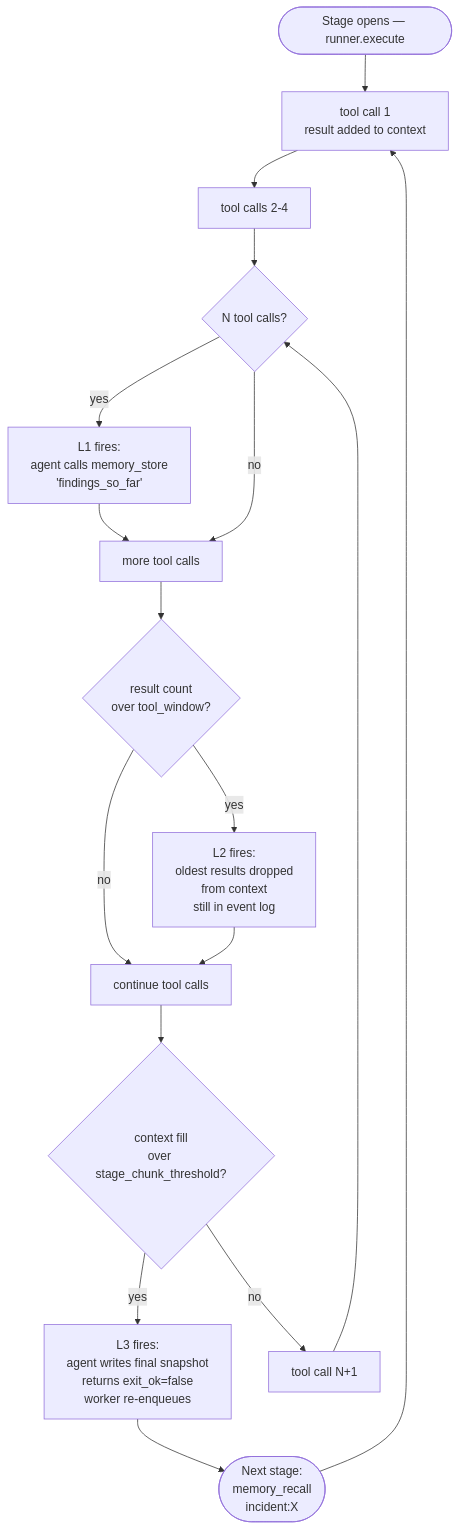
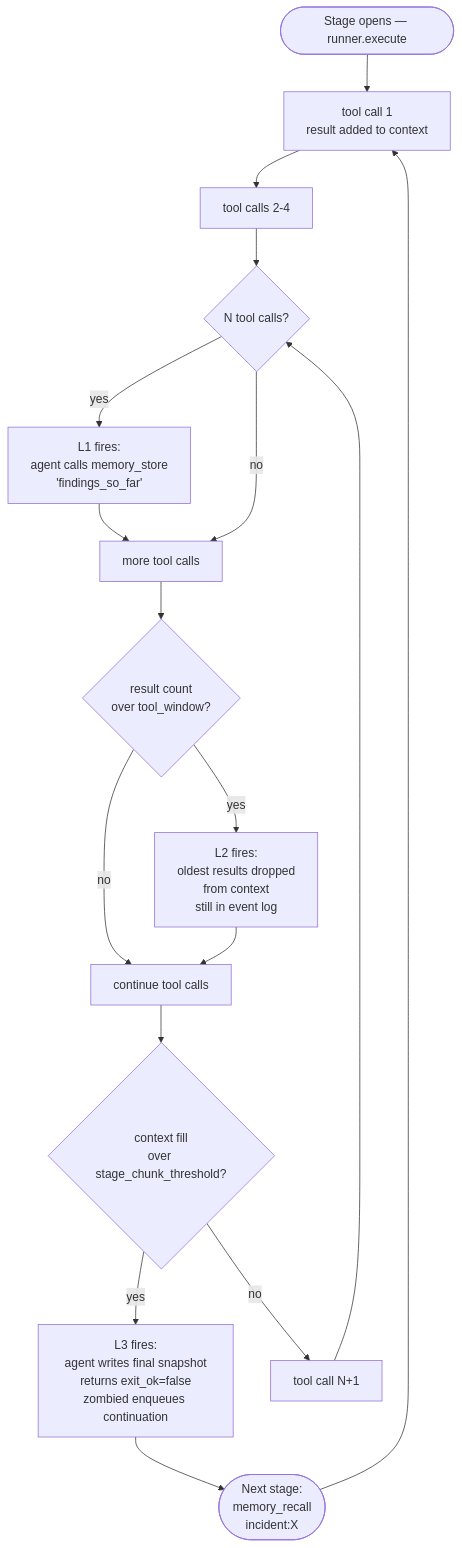
The diagram in docs/architecture/capabilities.md (agentsfleet/agentsfleet), drawn with Mermaid before and after one commit. The commit also changed other lines of this file and 4 other files, not shown here.

````diff
--- a/docs/architecture/capabilities.md
+++ b/docs/architecture/capabilities.md
@@ -106,19 +104,19 @@
 ```mermaid
 flowchart TD
     Start([Stage opens — runner.execute]) --> Tool1[tool call 1<br/>result added to context]
     Tool1 --> Tool2[tool calls 2-4]
     Tool2 --> L1{N tool calls?}
     L1 -->|yes| Checkpoint[L1 fires:<br/>agent calls memory_store<br/>'findings_so_far']
     Checkpoint --> Tool3[more tool calls]
     L1 -->|no| Tool3
     Tool3 --> L2{result count<br/>over tool_window?}
     L2 -->|yes| Drop[L2 fires:<br/>oldest results dropped<br/>from context<br/>still in event log]
     L2 -->|no| Fill
     Drop --> Fill[continue tool calls]
     Fill --> L3{context fill<br/>over stage_chunk_threshold?}
-    L3 -->|yes| Chunk[L3 fires:<br/>agent writes final snapshot<br/>returns exit_ok=false<br/>worker re-enqueues]
+    L3 -->|yes| Chunk[L3 fires:<br/>agent writes final snapshot<br/>returns exit_ok=false<br/>zombied enqueues continuation]
     L3 -->|no| Tool4[tool call N+1]
     Tool4 --> L1
     Chunk --> NextStage([Next stage:<br/>memory_recall<br/>incident:X])
     NextStage --> Tool1
 ```
````
